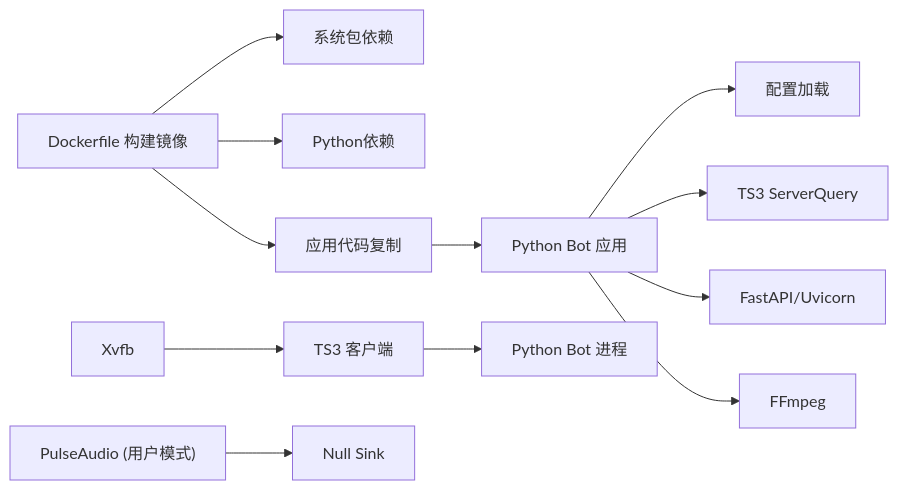
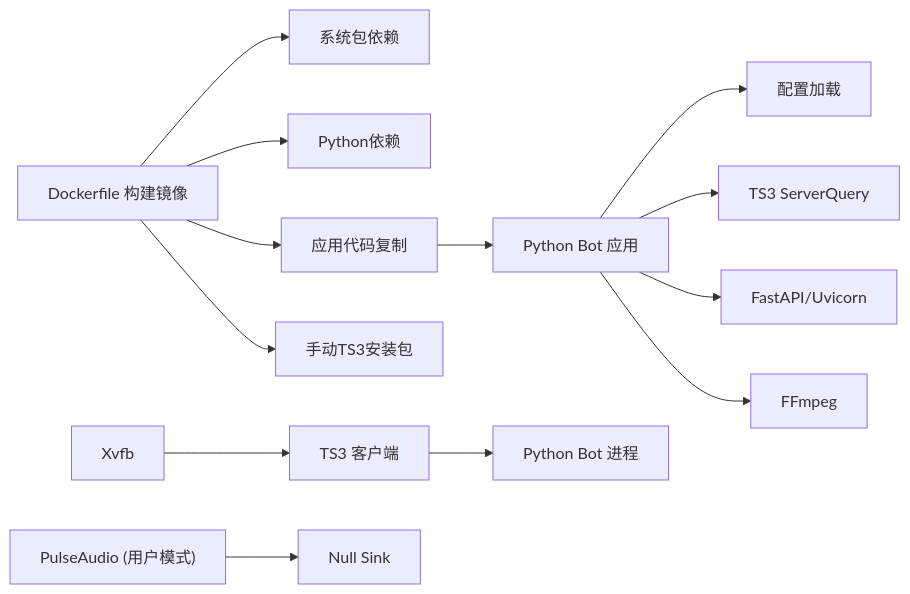
One commit to GhoulOwl/Teamspeak3_Bot changed the third of 3 diagrams in .qoder/repowiki/zh/content/部署和运维/Docker容器化部署.md. Above: the diagram before and after it, drawn with Mermaid. The commit also changed other lines of this file and 6 other files, not shown here.

````diff
--- a/.qoder/repowiki/zh/content/部署和运维/Docker容器化部署.md
+++ b/.qoder/repowiki/zh/content/部署和运维/Docker容器化部署.md
@@ -232,14 +249,15 @@
 ```mermaid
 graph LR
 Dockerfile["Dockerfile 构建镜像"] --> SysPkgs["系统包依赖"]
 Dockerfile --> PyDeps["Python依赖"]
 Dockerfile --> AppCopy["应用代码复制"]
+Dockerfile --> TS3Manual["手动TS3安装包"]
 AppCopy --> Bot["Python Bot 应用"]
 Bot --> Config["配置加载"]
 Bot --> TS3["TS3 ServerQuery"]
 Bot --> Webhook["FastAPI/Uvicorn"]
 Bot --> FFmpeg["FFmpeg"]
 Xvfb["Xvfb"] --> TS3Client["TS3 客户端"]
 Pulse["PulseAudio (用户模式)"] --> NullSink["Null Sink"]
 TS3Client --> BotProc["Python Bot 进程"]
 ```
````
